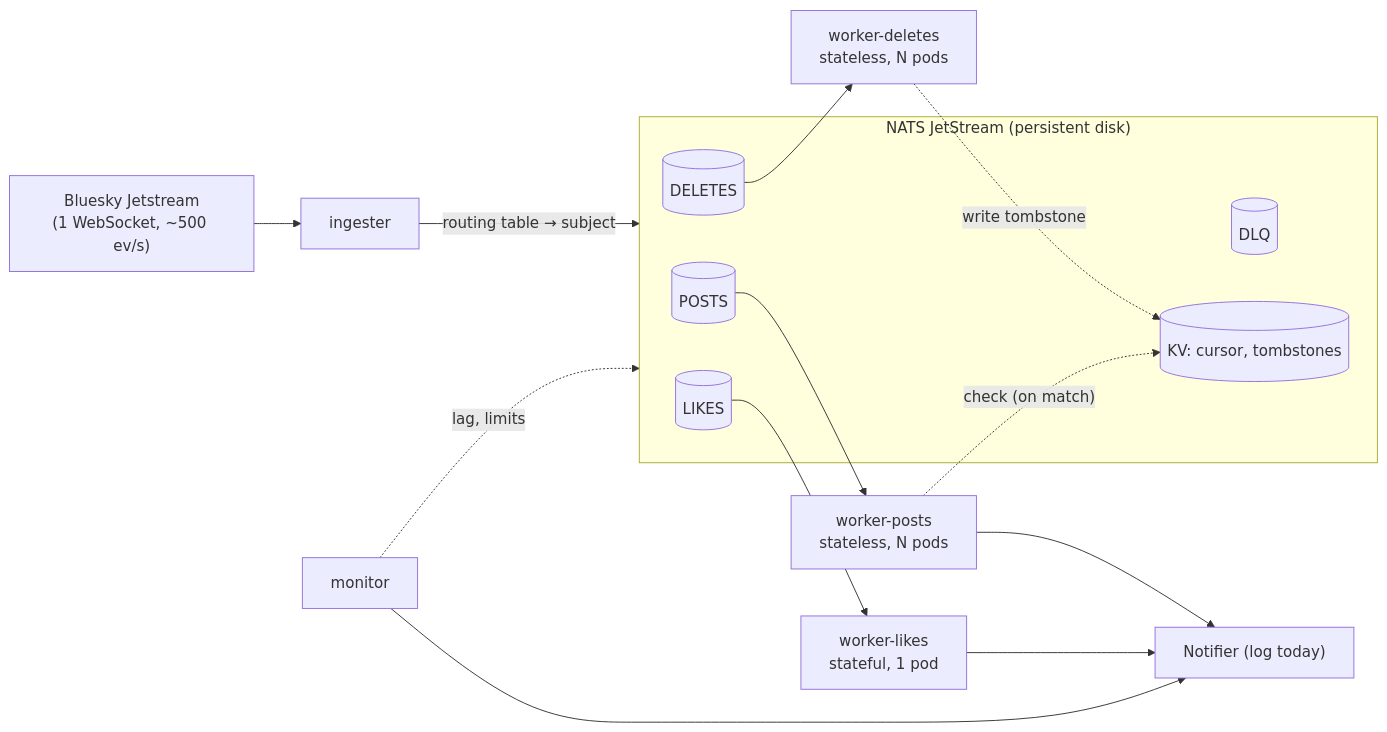
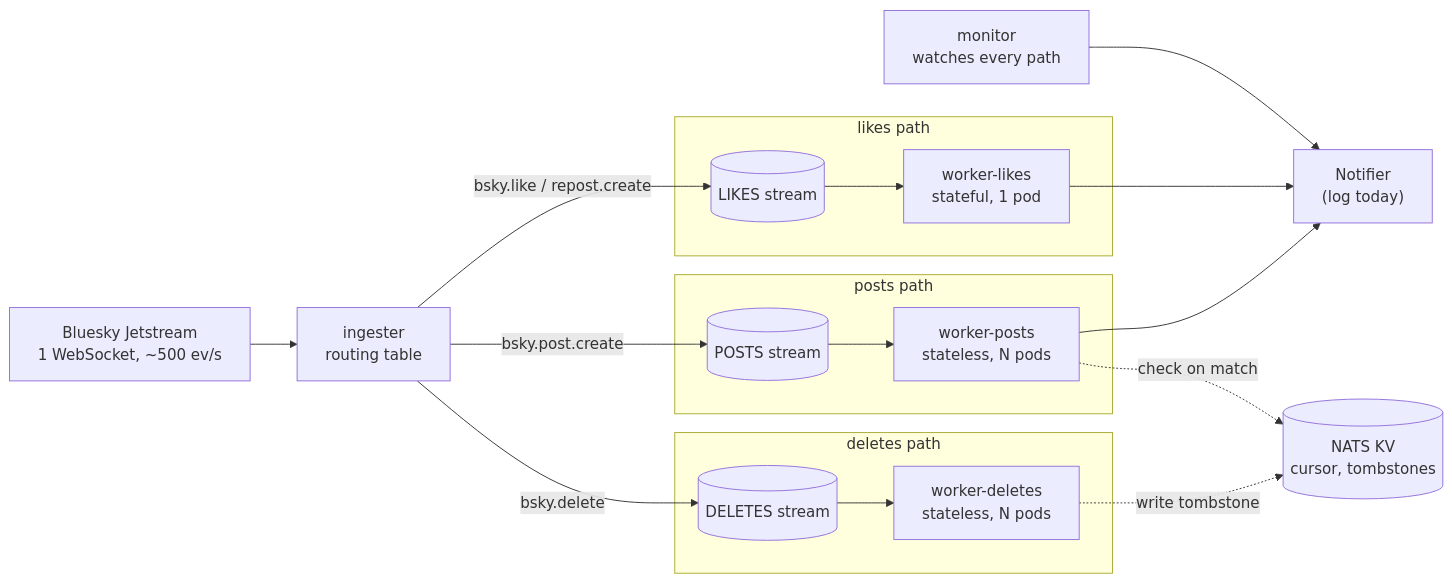
One commit to dancing-tiger-pro-max/zenity changed the diagram in DESIGN.md. Above: the diagram before and after it, drawn with Mermaid. The commit also changed other lines of this file, not shown here.

Commit message:
DESIGN.md: clearer architecture diagram, one lane per path
The previous layout drew the likes arrow through the posts worker, so it
read as posts feeding likes. Each path is now its own lane (stream to
worker), which also shows the isolation directly.

````diff
--- a/DESIGN.md
+++ b/DESIGN.md
@@ -8,20 +8,24 @@
 ```mermaid
 flowchart LR
-    BS["Bluesky Jetstream<br/>(1 WebSocket, ~500 ev/s)"] --> ING[ingester]
-    ING -->|"routing table → subject"| NATS
-    subgraph NATS["NATS JetStream (persistent disk)"]
-        SP[(POSTS)]
-        SL[(LIKES)]
-        SD[(DELETES)]
-        DLQ[(DLQ)]
-        KV[("KV: cursor, tombstones")]
+    BS["Bluesky Jetstream<br/>1 WebSocket, ~500 ev/s"] --> ING["ingester<br/>routing table"]
+
+    subgraph P1["posts path"]
+        SP[("POSTS stream")] --> WP["worker-posts<br/>stateless, N pods"]
     end
-    SP --> WP["worker-posts<br/>stateless, N pods"]
-    SL --> WL["worker-likes<br/>stateful, 1 pod"]
-    SD --> WD["worker-deletes<br/>stateless, N pods"]
-    WD -. write tombstone .-> KV
-    WP -. "check (on match)" .-> KV
-    WP & WL --> N["Notifier (log today)"]
-    MON[monitor] -. lag, limits .-> NATS
-    MON --> N
+    subgraph P2["likes path"]
+        SL[("LIKES stream")] --> WL["worker-likes<br/>stateful, 1 pod"]
+    end
+    subgraph P3["deletes path"]
+        SD[("DELETES stream")] --> WD["worker-deletes<br/>stateless, N pods"]
+    end
+
+    ING -->|bsky.post.create| SP
+    ING -->|"bsky.like / repost.create"| SL
+    ING -->|bsky.delete| SD
+
+    WP --> N["Notifier<br/>(log today)"]
+    WL --> N
+    WD -. write tombstone .-> KV[("NATS KV<br/>cursor, tombstones")]
+    WP -. check on match .-> KV
+    MON["monitor<br/>watches every path"] --> N
 ```
````
